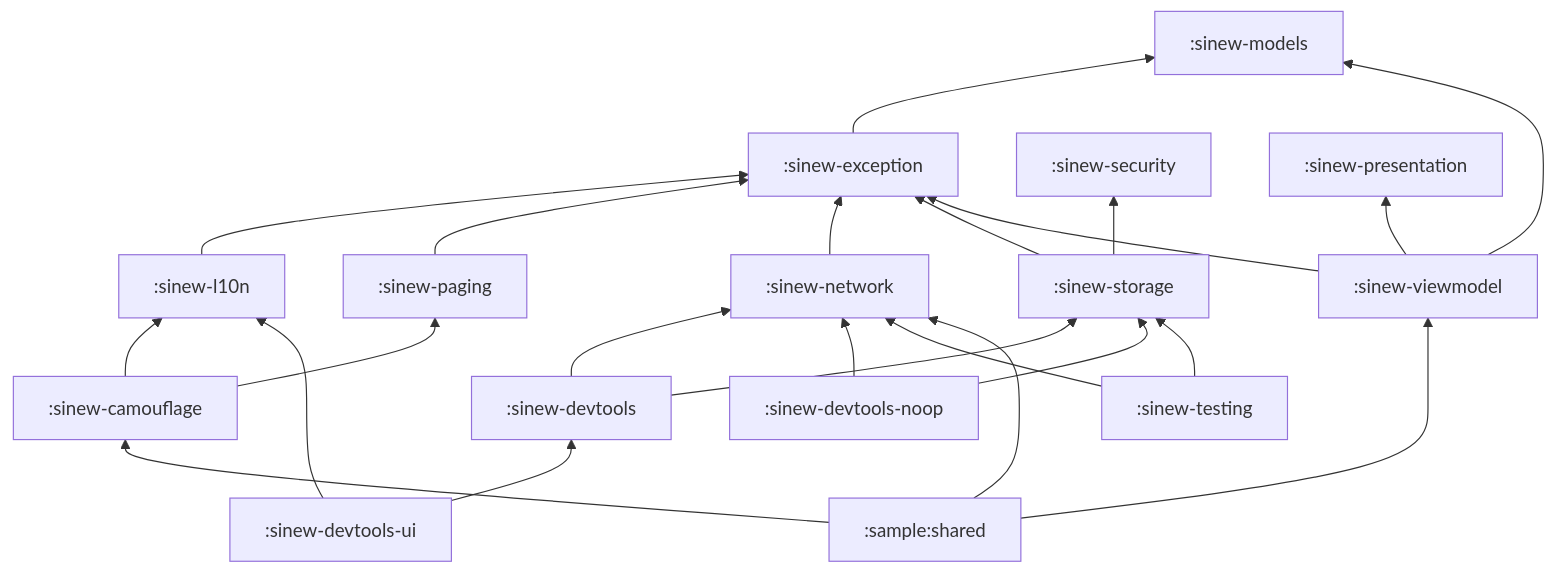
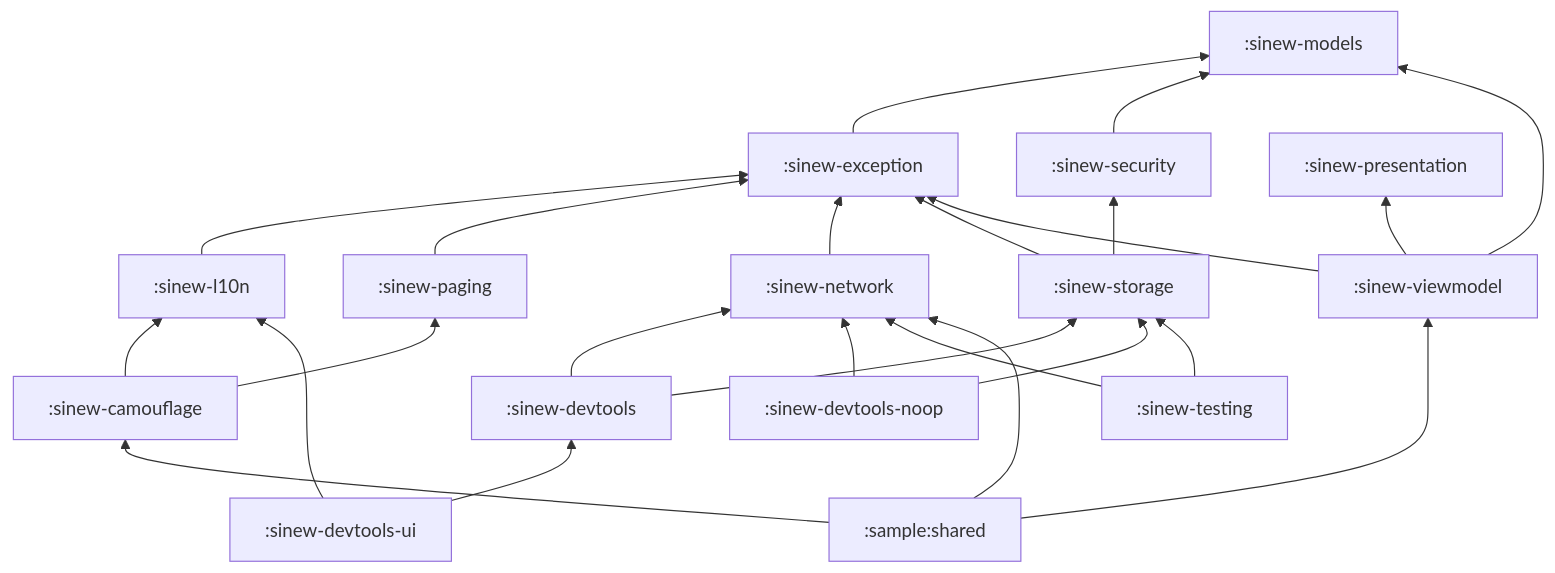
One commit to srctool/sinew changed the first of 2 diagrams in docs/internal/development/guide/05-delivery/01-project-setup.mdx. Above: the diagram before and after it, drawn with Mermaid. The commit also changed other lines of this file and 3 other files, not shown here.

````diff
--- a/docs/internal/development/guide/05-delivery/01-project-setup.mdx
+++ b/docs/internal/development/guide/05-delivery/01-project-setup.mdx
@@ -24,25 +24,26 @@
 ```mermaid
 flowchart BT
     EX[":sinew-exception"] --> M[":sinew-models"]
     L10[":sinew-l10n"] --> EX
     PG[":sinew-paging"] --> EX
     NW[":sinew-network"] --> EX
     ST[":sinew-storage"] --> EX
     ST --> SC[":sinew-security"]
+    SC --> M
     VM[":sinew-viewmodel"] --> PR[":sinew-presentation"]
     VM --> M
     VM --> EX
     CG[":sinew-camouflage"] --> PG
     CG --> L10
     DT[":sinew-devtools"] --> NW
     DT --> ST
     DU[":sinew-devtools-ui"] --> DT
     DU --> L10
     NO[":sinew-devtools-noop"] --> NW
     NO --> ST
     TS[":sinew-testing"] --> NW
     TS --> ST
     SA[":sample:shared"] --> CG
     SA --> VM
     SA --> NW
 ```
````
